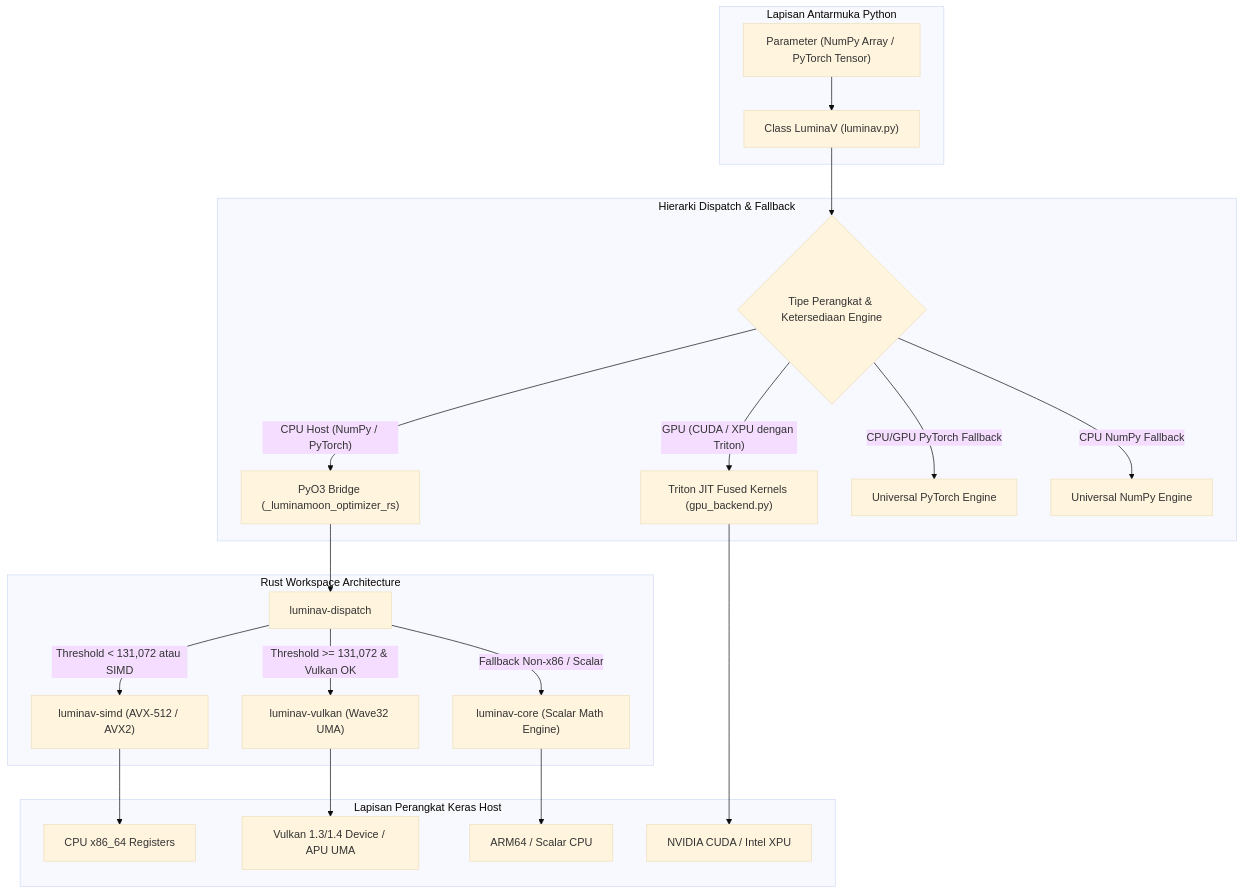
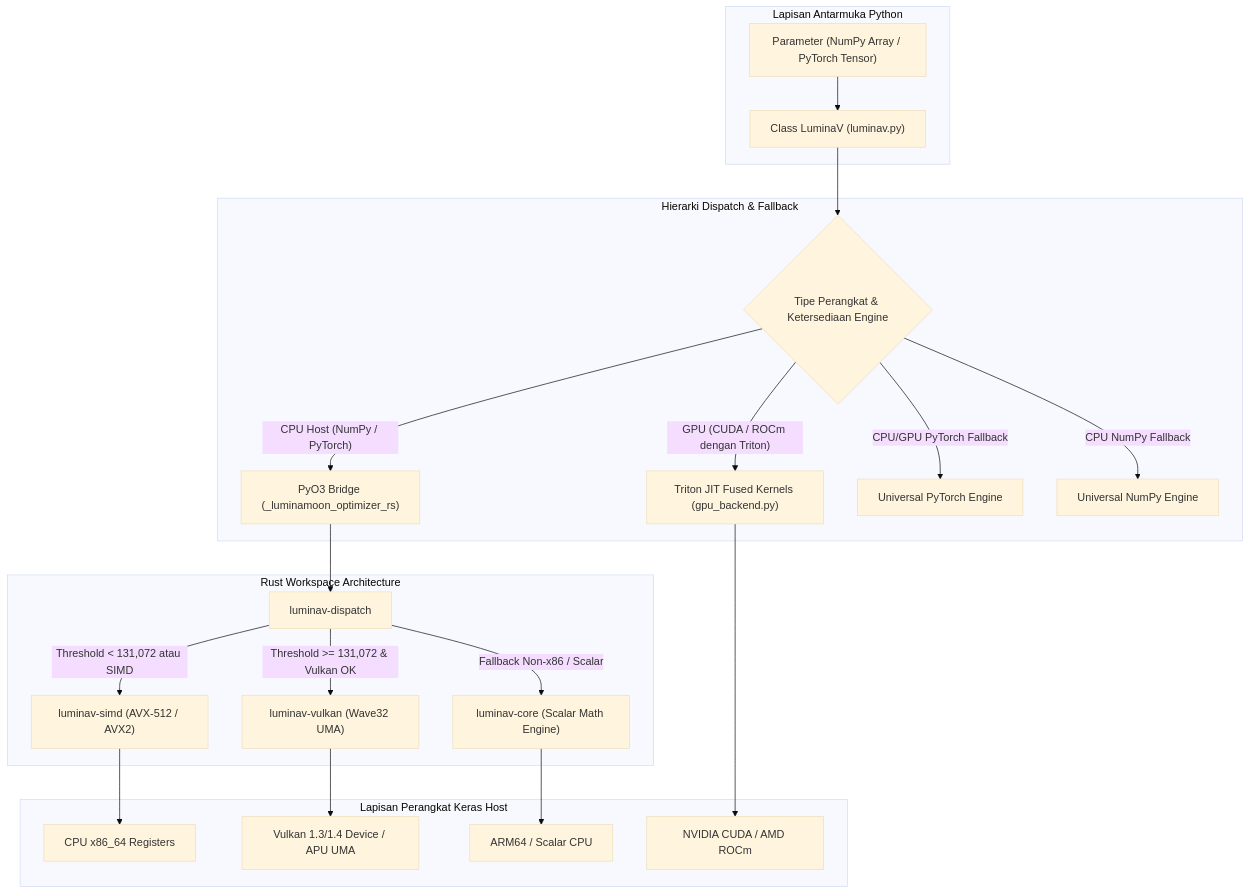
The diagram in docs/id/04_architecture_and_hardware.md (cloverx-id/luminamoon), drawn with Mermaid (base theme) before and after one commit. The commit also changed 42 other files, not shown here.

````diff
--- a/docs/id/04_architecture_and_hardware.md
+++ b/docs/id/04_architecture_and_hardware.md
@@ -7,31 +7,31 @@
 ```mermaid
 graph TD
     subgraph PythonLayer["Lapisan Antarmuka Python"]
         InputParams["Parameter (NumPy Array / PyTorch Tensor)"]
         LuminaVClass["Class LuminaV (luminav.py)"]
         InputParams --> LuminaVClass
     end
 
     subgraph DispatchHierarchy["Hierarki Dispatch & Fallback"]
         LuminaVClass --> Decision{"Tipe Perangkat & Ketersediaan Engine"}
         
         Decision -->|"CPU Host (NumPy / PyTorch)"| NativeFFI["PyO3 Bridge (_luminamoon_optimizer_rs)"]
-        Decision -->|"GPU (CUDA / XPU dengan Triton)"| TritonEngine["Triton JIT Fused Kernels (gpu_backend.py)"]
+        Decision -->|"GPU (CUDA / ROCm dengan Triton)"| TritonEngine["Triton JIT Fused Kernels (gpu_backend.py)"]
         Decision -->|"CPU/GPU PyTorch Fallback"| TorchFallback["Universal PyTorch Engine"]
         Decision -->|"CPU NumPy Fallback"| NumpyFallback["Universal NumPy Engine"]
     end
 
     subgraph RustWorkspace["Rust Workspace Architecture"]
         NativeFFI --> DispatchCrate["luminav-dispatch"]
         DispatchCrate -->|"Threshold < 131,072 atau SIMD"| SimdCrate["luminav-simd (AVX-512 / AVX2)"]
         DispatchCrate -->|"Threshold >= 131,072 & Vulkan OK"| VulkanCrate["luminav-vulkan (Wave32 UMA)"]
         DispatchCrate -->|"Fallback Non-x86 / Scalar"| CoreCrate["luminav-core (Scalar Math Engine)"]
     end
 
     subgraph HardwareLayer["Lapisan Perangkat Keras Host"]
         SimdCrate --> CPUCore["CPU x86_64 Registers"]
         VulkanCrate --> VulkanDevice["Vulkan 1.3/1.4 Device / APU UMA"]
         CoreCrate --> ARMCPU["ARM64 / Scalar CPU"]
-        TritonEngine --> DedicatedGPU["NVIDIA CUDA / Intel XPU"]
+        TritonEngine --> DedicatedGPU["NVIDIA CUDA / AMD ROCm"]
     end
 ```
````
